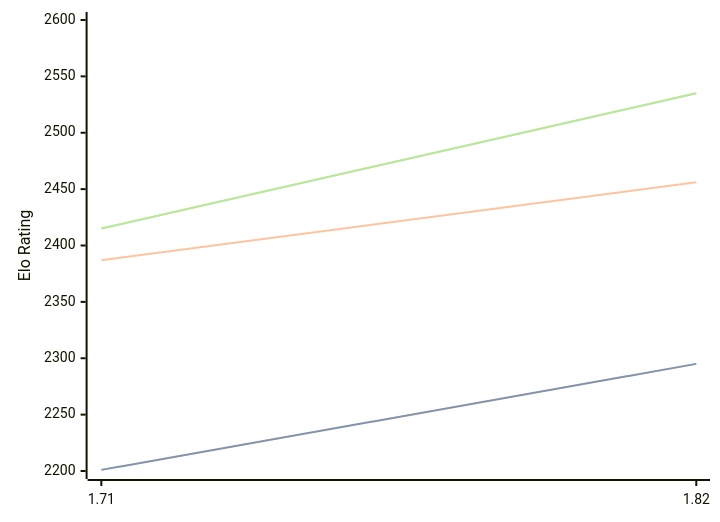
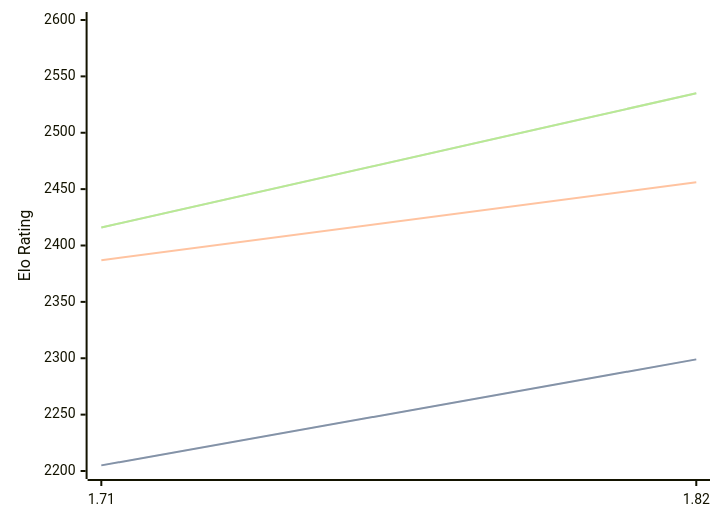
One commit to computer-chess-index/cci changed the diagram in engines/Amira.md. Above: the diagram before and after it, drawn with Mermaid. The commit also changed other lines of this file, not shown here.

Commit message:
Update CCI Ratings (ELO VLTC) - 2026-02-24

````diff
--- a/engines/Amira.md
+++ b/engines/Amira.md
@@ -32,11 +32,11 @@
 ```mermaid
 %%{init: {"theme":"base","themeVariables":{"seriesColors:['#a3a3a3','#222221','#faa371']}}}%%
 xychart-beta
   x-axis ["1.71", "1.82"]
   y-axis "Elo Rating" 2200 --> 2600
-  line "STC (8.0+0.08s)" [2201, 2295]
-  line "STC (8.0+0.08s)" [2201, 2295]
+  line "STC (8.0+0.08s)" [2205, 2299]
+  line "STC (8.0+0.08s)" [2205, 2299]
   line "LTC (60.0+0.60s)" [2387, 2456]
-  line "VLTC (2m24s+1.12s)" [2415, 2535]
-  line "VLTC (2m24s+1.12s)" [2415, 2535]
+  line "VLTC (2m24s+1.12s)" [2416, 2535]
+  line "VLTC (2m24s+1.12s)" [2416, 2535]
 ```
````
